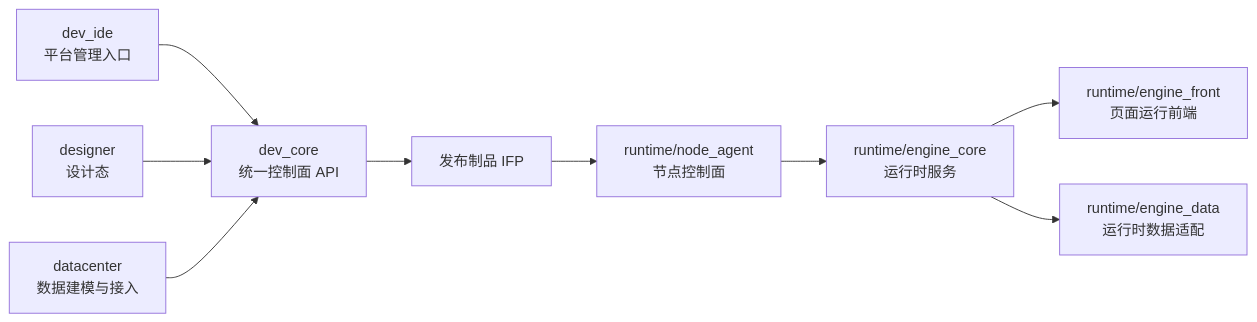
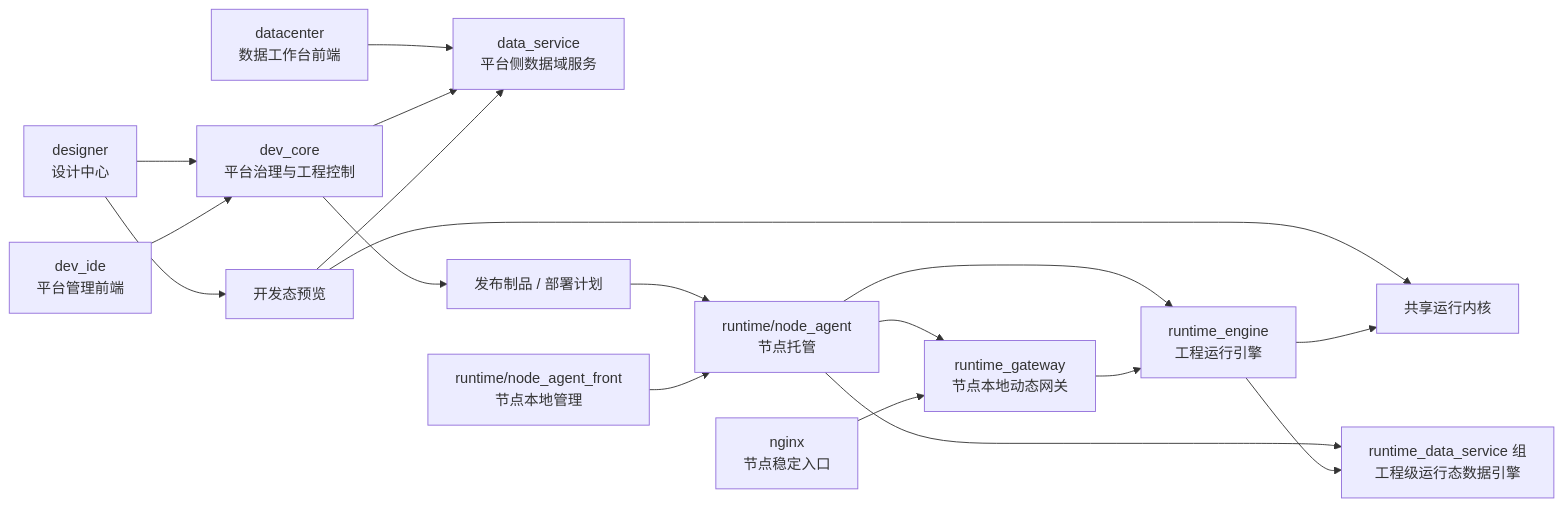
Before and after one commit to hsworld-top/InduForge: the diagram in docs/高层设计.md, drawn with Mermaid. The commit also changed other lines of this file and 91 other files, not shown here.

````diff
--- a/docs/高层设计.md
+++ b/docs/高层设计.md
@@ -25,11 +19,21 @@
 ```mermaid
 flowchart LR
-  A["dev_ide\n平台管理入口"] --> B["dev_core\n统一控制面 API"]
-  C["designer\n设计态"] --> B
-  D["datacenter\n数据建模与接入"] --> B
-  B --> E["发布制品 IFP"]
-  E --> F["runtime/node_agent\n节点控制面"]
-  F --> G["runtime/engine_core\n运行时服务"]
-  G --> H["runtime/engine_front\n页面运行前端"]
-  G --> I["runtime/engine_data\n运行时数据适配"]
+  Designer["designer<br/>设计中心"] --> DevCore["dev_core<br/>平台治理与工程控制"]
+  DevIDE["dev_ide<br/>平台管理前端"] --> DevCore
+  DataCenter["datacenter<br/>数据工作台前端"] --> DataService["data_service<br/>平台侧数据域服务"]
+  DevCore --> DataService
+  Preview["开发态预览"] --> SharedKernel["共享运行内核"]
+  Preview --> DataService
+  Designer --> Preview
+
+  DevCore --> Release["发布制品 / 部署计划"]
+  Release --> NodeAgent["runtime/node_agent<br/>节点托管"]
+  NodeFront["runtime/node_agent_front<br/>节点本地管理"] --> NodeAgent
+  NodeAgent --> RuntimeGateway["runtime_gateway<br/>节点本地动态网关"]
+  NodeAgent --> RuntimeEngine["runtime_engine<br/>工程运行引擎"]
+  NodeAgent --> RuntimeData["runtime_data_service 组<br/>工程级运行态数据引擎"]
+  Nginx["nginx<br/>节点稳定入口"] --> RuntimeGateway
+  RuntimeGateway --> RuntimeEngine
+  RuntimeEngine --> SharedKernel
+  RuntimeEngine --> RuntimeData
 ```
````
